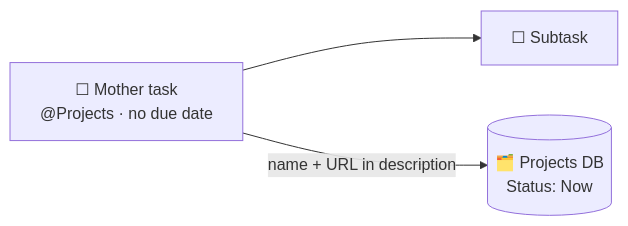
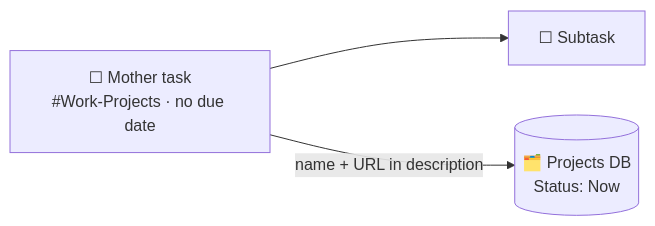
One commit to dcop7/tips_and_guides changed the second of 5 diagrams in workflow/personal-productivity-system-cheatsheet.md. Above: the diagram before and after it, drawn with Mermaid. The commit also changed other lines of this file, not shown here.

````diff
--- a/workflow/personal-productivity-system-cheatsheet.md
+++ b/workflow/personal-productivity-system-cheatsheet.md
@@ -48,5 +48,5 @@
 ```mermaid
 flowchart LR
-    Mother["☐ Mother task<br/>@Projects · no due date"] --> Sub["☐ Subtask"]
+    Mother["☐ Mother task<br/>#Work-Projects · no due date"] --> Sub["☐ Subtask"]
     Mother -->|"name + URL in description"| Row[("🗂️ Projects DB<br/>Status: Now")]
 ```
````
